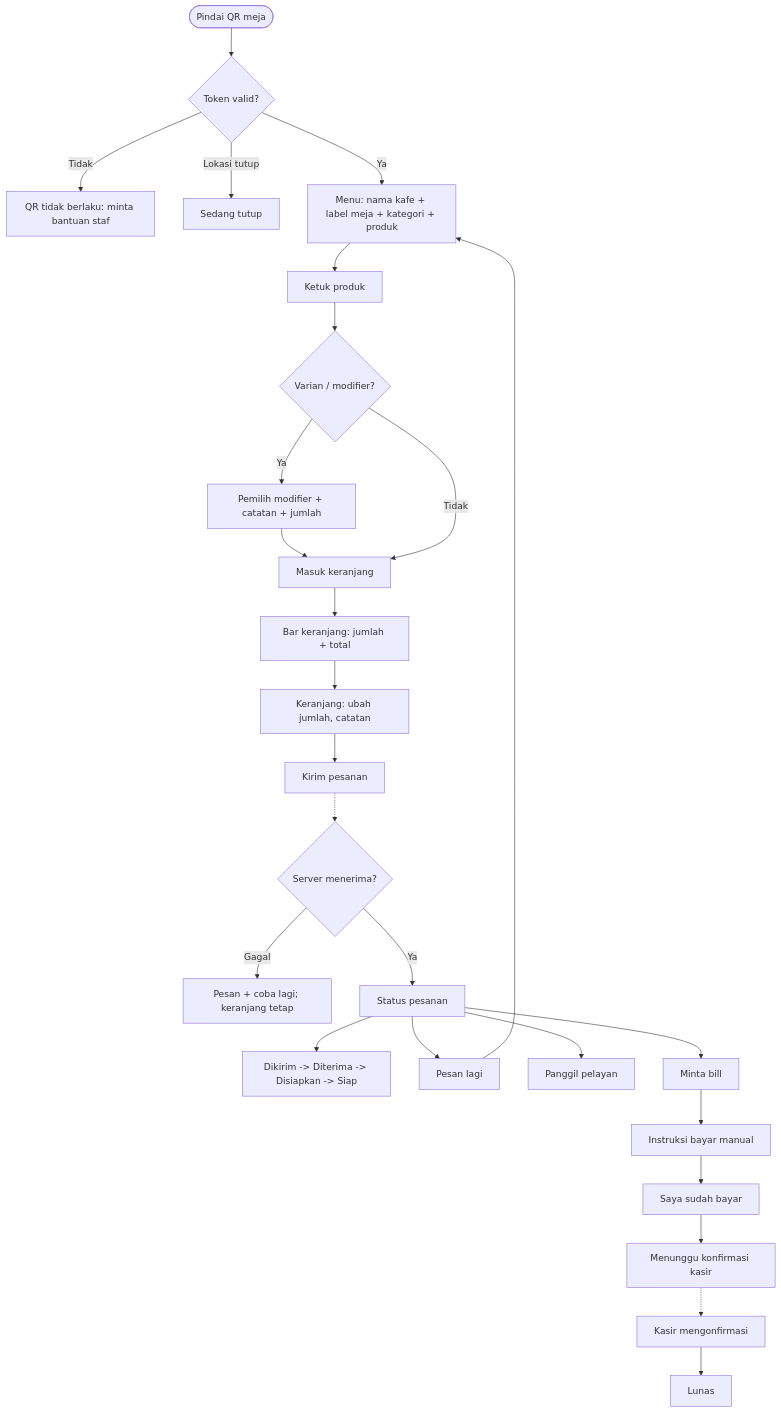
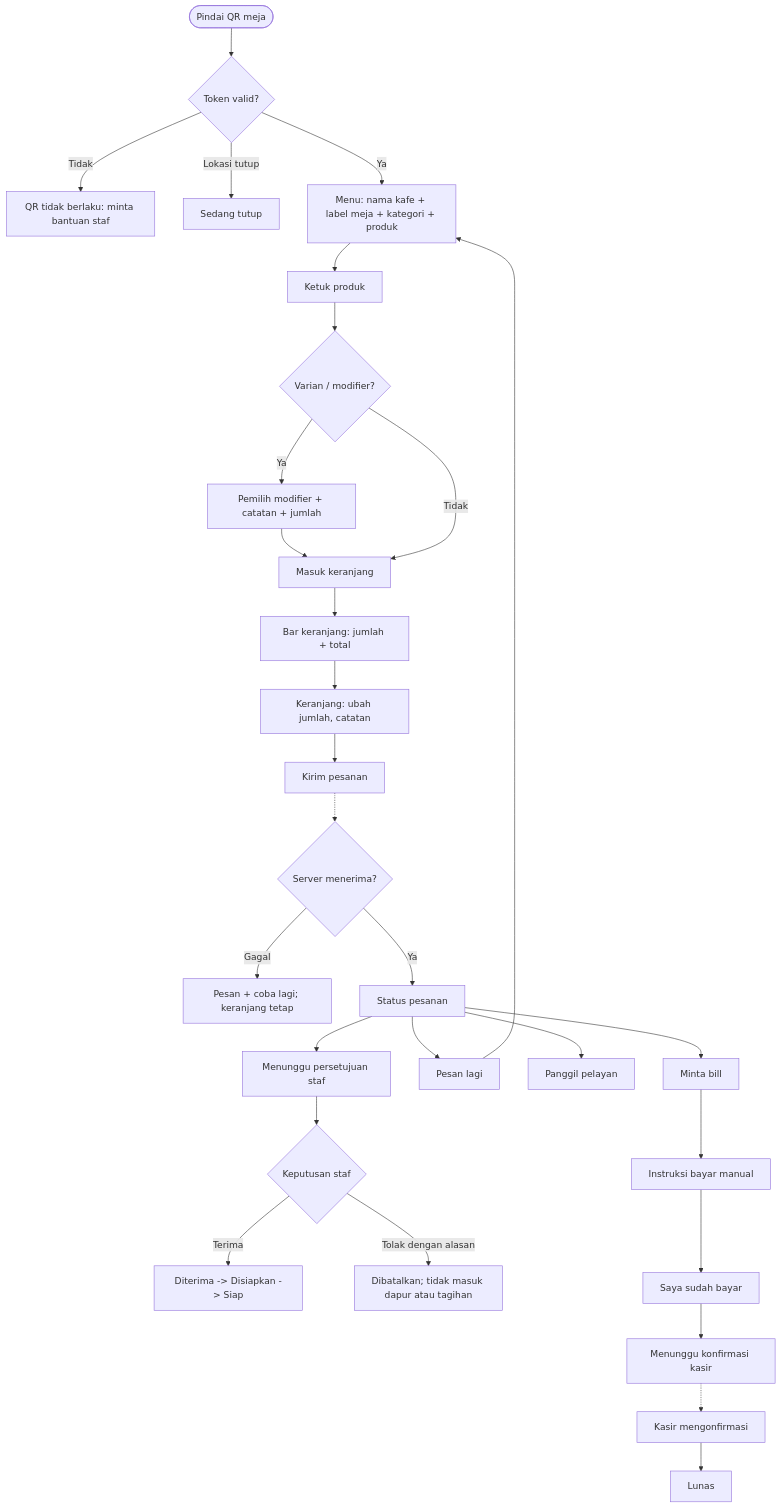
Diagram 14 of 24 in docs/foundation/flowchart.md (andirifqialnurr/merchant-operations-platform), drawn with Mermaid before and after one commit. The commit also changed other lines of this file and 61 other files, not shown here.

````diff
--- a/docs/foundation/flowchart.md
+++ b/docs/foundation/flowchart.md
@@ -303,22 +303,25 @@
 ```mermaid
 flowchart TD
     A([Pindai QR meja]) --> B{Token valid?}
     B -- Tidak --> X[QR tidak berlaku: minta bantuan staf]
     B -- Lokasi tutup --> Y[Sedang tutup]
     B -- Ya --> C[Menu: nama kafe + label meja + kategori + produk]
     C --> D[Ketuk produk] --> E{Varian / modifier?}
     E -- Ya --> F[Pemilih modifier + catatan + jumlah] --> G
     E -- Tidak --> G[Masuk keranjang]
     G --> H[Bar keranjang: jumlah + total]
     H --> I[Keranjang: ubah jumlah, catatan] --> J[Kirim pesanan]
     J -.-> K{Server menerima?}
     K -- Gagal --> L[Pesan + coba lagi; keranjang tetap]
     K -- Ya --> M[Status pesanan]
-    M --> N[Dikirim -> Diterima -> Disiapkan -> Siap]
+    M --> MOD[Menunggu persetujuan staf]
+    MOD --> DEC{Keputusan staf}
+    DEC -- Terima --> N[Diterima -> Disiapkan -> Siap]
+    DEC -- Tolak dengan alasan --> REJ[Dibatalkan; tidak masuk dapur atau tagihan]
     M --> O[Pesan lagi] --> C
     M --> P[Panggil pelayan]
     M --> Q[Minta bill]
     Q --> R[Instruksi bayar manual]
     R --> S[Saya sudah bayar] --> T[Menunggu konfirmasi kasir]
     T -.-> U[Kasir mengonfirmasi] --> V[Lunas]
 ```
````
